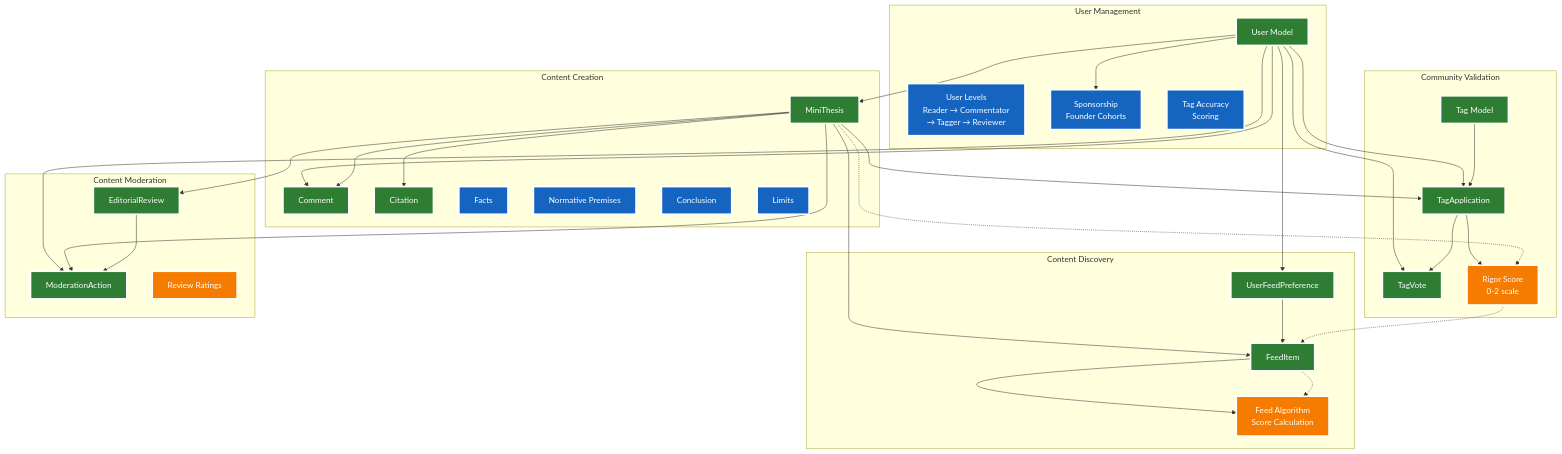
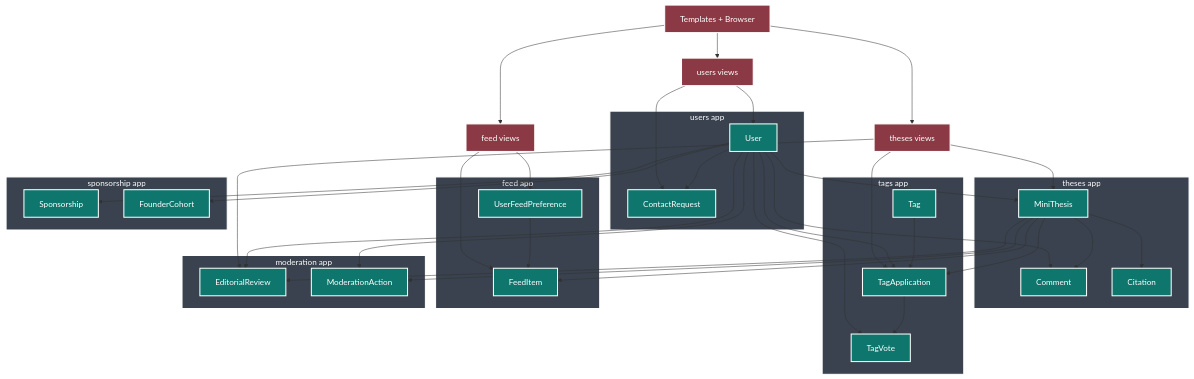
Before and after one commit to kakchouch/hume_social: the diagram in diagrams/architecture_overview.md, drawn with Mermaid. The commit also changed 8 other files, not shown here.

Commit message:
created a proper sign in page + update diagrams to the current state of the projet + put pylint fail-under 8.5

````diff
--- a/diagrams/architecture_overview.md
+++ b/diagrams/architecture_overview.md
@@ -3,82 +3,80 @@
 ```mermaid
-graph TB
-    %% User System
-    subgraph "User Management"
-        U[User Model]
-        UL[User Levels<br/>Reader → Commentator<br/>→ Tagger → Reviewer]
-        SP[Sponsorship<br/>Founder Cohorts]
-        TA[Tag Accuracy<br/>Scoring]
+flowchart TB
+    subgraph UMG[users app]
+        U[User]
+        CR[ContactRequest]
     end
 
-    %% Content System
-    subgraph "Content Creation"
+    subgraph THM[theses app]
         MT[MiniThesis]
-        C[Comment]
+        CM[Comment]
         CT[Citation]
-        F[Facts]
-        P[Normative Premises]
-        CN[Conclusion]
-        L[Limits]
     end
 
-    %% Validation System
-    subgraph "Community Validation"
-        TAG[Tag Model]
-        TA_APP[TagApplication]
+    subgraph TGM[tags app]
+        TG[Tag]
+        TA[TagApplication]
         TV[TagVote]
-        RS[Rigor Score<br/>0-2 scale]
     end
 
-    %% Feed System
-    subgraph "Content Discovery"
+    subgraph FDM[feed app]
         FP[UserFeedPreference]
         FI[FeedItem]
-        FA[Feed Algorithm<br/>Score Calculation]
     end
 
-    %% Moderation System
-    subgraph "Content Moderation"
-        MR[EditorialReview]
+    subgraph MDM[moderation app]
+        ER[EditorialReview]
         MA[ModerationAction]
-        MQ[Review Ratings]
     end
 
-    %% Relationships
+    subgraph SPM[sponsorship app]
+        SP[Sponsorship]
+        FC[FounderCohort]
+    end
+
+    UI[Templates + Browser]
+    VU[users views]
+    VT[theses views]
+    VF[feed views]
+
+    UI --> VU
+    UI --> VT
+    UI --> VF
+
+    VU --> U
+    VU --> CR
+    VT --> MT
+    VT --> ER
+    VT --> TA
+    VF --> FP
+    VF --> FI
+
     U --> MT
-    U --> C
-    U --> TA_APP
+    U --> CM
+    U --> TA
     U --> TV
-    U --> FP
+    U --> ER
+    U --> MA
     U --> SP
-    U --> MA
+    U --> FC
+    U --> CR
 
-    MT --> C
+    MT --> CM
     MT --> CT
-    MT --> TA_APP
+    MT --> TA
+    MT --> ER
+    MT --> MA
     MT --> FI
-    MT --> MR
-    MT --> MA
 
-    TAG --> TA_APP
-    TA_APP --> TV
-    TA_APP --> RS
+    TG --> TA
+    TA --> TV
+    FP --> FI
 
-    FP --> FI
-    FI --> FA
+    classDef model fill:#0f766e,stroke:#ffffff,stroke-width:2px,color:#ffffff
+    classDef flow fill:#8b3a45,stroke:#ffffff,stroke-width:2px,color:#ffffff
+    classDef app fill:#39424e,stroke:#ffffff,stroke-width:2px,color:#ffffff
 
-    MR --> MA
-
-    %% Data Flow
-    MT -.-> RS
-    RS -.-> FI
-    FI -.-> FA
-
-    %% Styling - High Contrast Theme
-    classDef modelClass fill:#2e7d32,stroke:#ffffff,stroke-width:3px,color:#ffffff
-    classDef systemClass fill:#1565c0,stroke:#ffffff,stroke-width:3px,color:#ffffff
-    classDef processClass fill:#f57c00,stroke:#ffffff,stroke-width:3px,color:#ffffff
-
-    class U,MT,C,CT,TAG,TA_APP,TV,FP,FI,MR,MA modelClass
-    class UL,SP,TA,F,P,CN,L systemClass
-    class RS,FA,MQ processClass
+    class U,CR,MT,CM,CT,TG,TA,TV,FP,FI,ER,MA,SP,FC model
+    class VU,VT,VF,UI flow
+    class UMG,THM,TGM,FDM,MDM,SPM app
 ```
````
